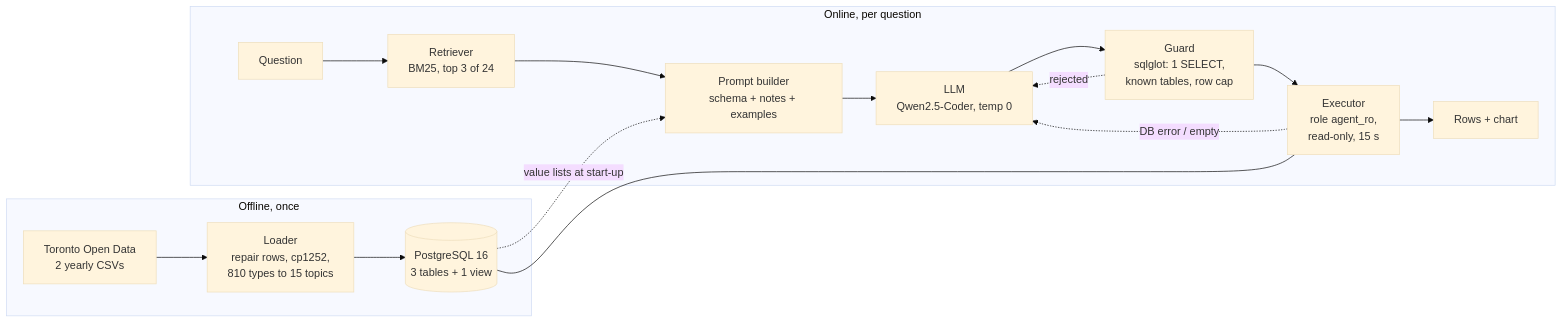
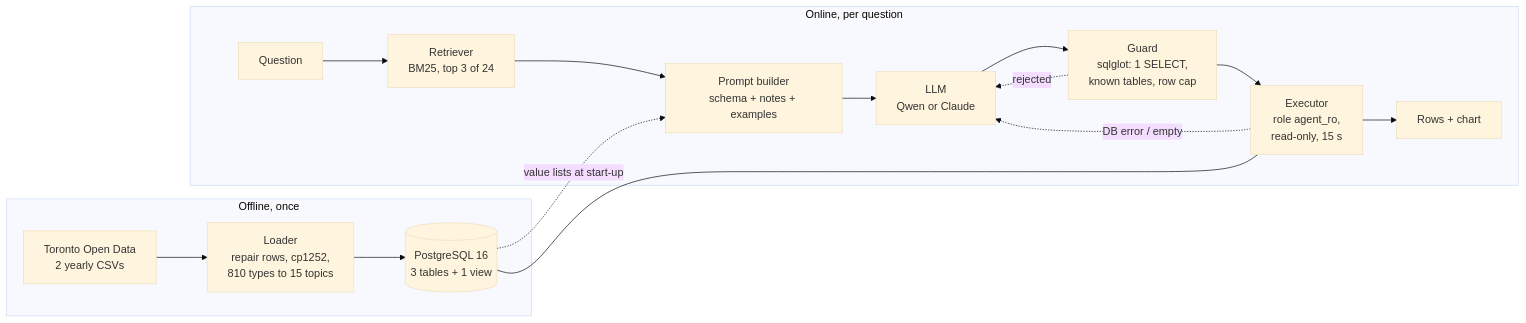
Before and after one commit to Mayank-thite/ask-toronto-311: the diagram in README.md, drawn with Mermaid (base theme). The commit also changed other lines of this file and 4 other files, not shown here.

````diff
--- a/README.md
+++ b/README.md
@@ -36,14 +185,14 @@
 ```mermaid
 flowchart LR
   subgraph offline["Offline, once"]
     CSV["Toronto Open Data<br/>2 yearly CSVs"] --> L["Loader<br/>repair rows, cp1252,<br/>810 types to 15 topics"] --> PG[("PostgreSQL 16<br/>3 tables + 1 view")]
   end
   subgraph online["Online, per question"]
-    Q["Question"] --> R["Retriever<br/>BM25, top 3 of 24"] --> P["Prompt builder<br/>schema + notes + examples"] --> M["LLM<br/>Qwen2.5-Coder, temp 0"]
+    Q["Question"] --> R["Retriever<br/>BM25, top 3 of 24"] --> P["Prompt builder<br/>schema + notes + examples"] --> M["LLM<br/>Qwen or Claude"]
     M --> G["Guard<br/>sqlglot: 1 SELECT,<br/>known tables, row cap"] --> X["Executor<br/>role agent_ro,<br/>read-only, 15 s"] --> O["Rows + chart"]
     G -. "rejected" .-> M
     X -. "DB error / empty" .-> M
   end
   PG -. "value lists at start-up" .-> P
   X --- PG
 ```
````
